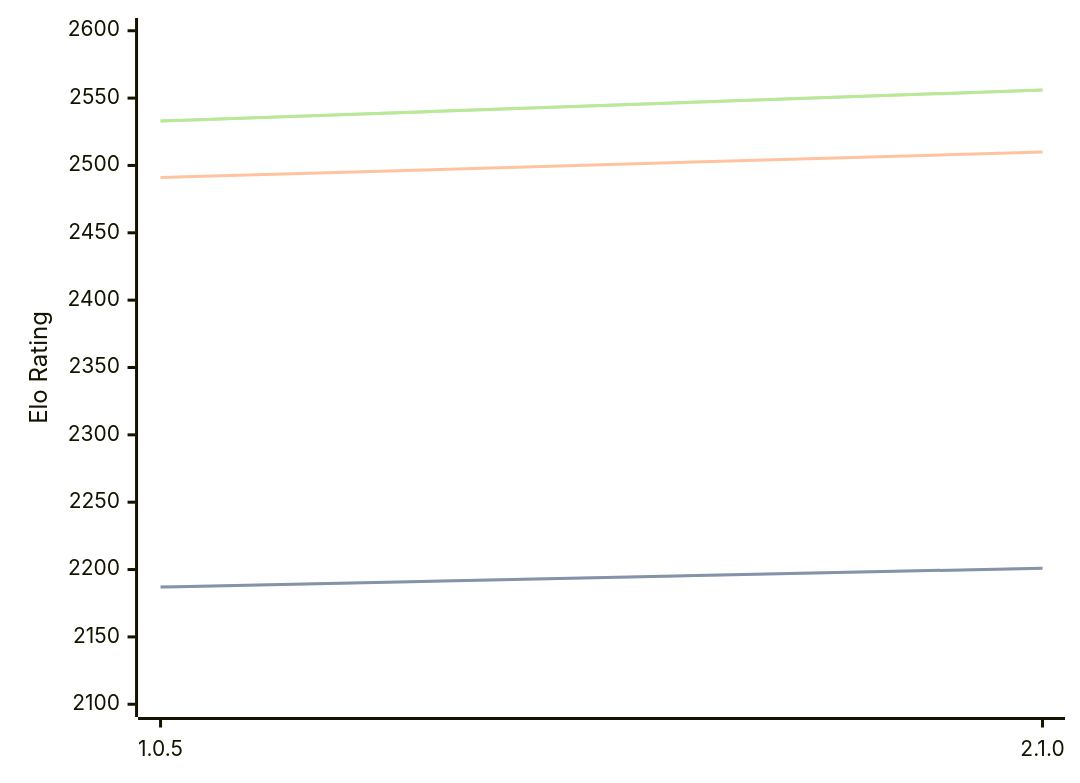
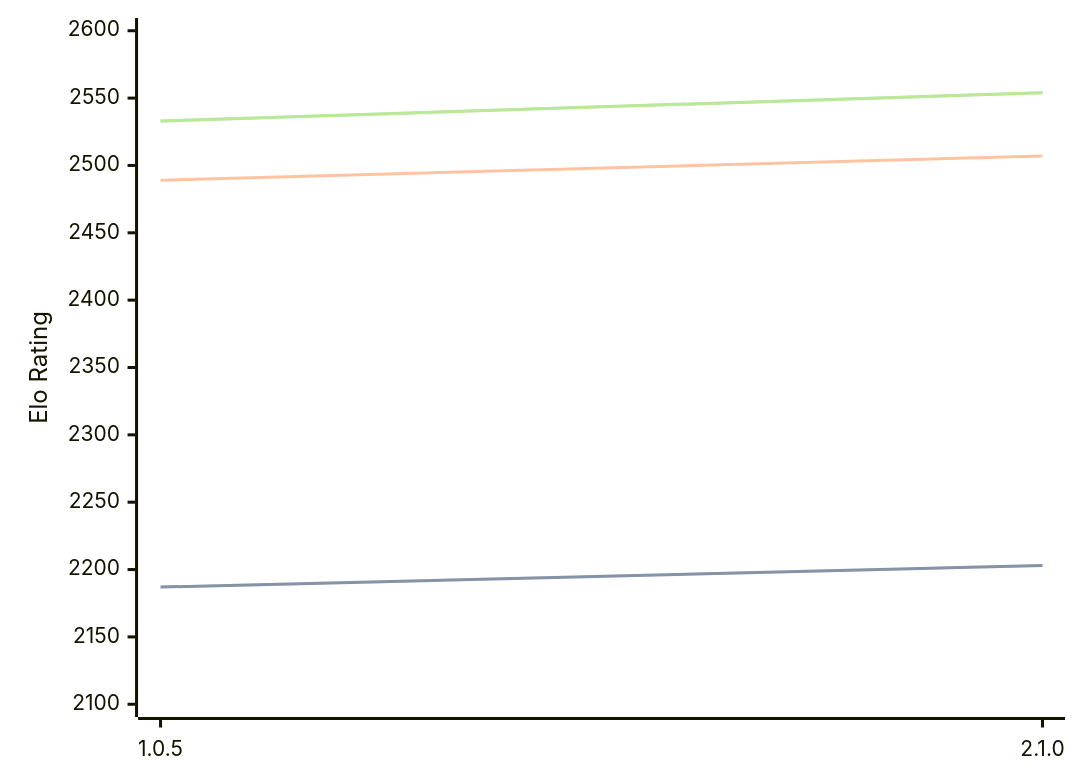
Before and after one commit to computer-chess-index/cci: the diagram in engines/Ruffian.md, drawn with Mermaid. The commit also changed other lines of this file, not shown here.

Commit message:
Update CCI Ratings (ELO VLTC) - 2026-05-07

````diff
--- a/engines/Ruffian.md
+++ b/engines/Ruffian.md
@@ -32,11 +32,11 @@
 ```mermaid
 %%{init: {"theme":"base","themeVariables":{"seriesColors:['#a3a3a3','#222221','#faa371']}}}%%
 xychart-beta
   x-axis ["1.0.5", "2.1.0"]
   y-axis "Elo Rating" 2100 --> 2600
-  line "STC (8.0+0.08s)" [2187, 2201]
-  line "STC (8.0+0.08s)" [2187, 2201]
-  line "LTC (60.0+0.60s)" [2491, 2510]
-  line "VLTC (2m24s+1.12s)" [2533, 2556]
-  line "VLTC (2m24s+1.12s)" [2533, 2556]
+  line "STC (8.0+0.08s)" [2187, 2203]
+  line "STC (8.0+0.08s)" [2187, 2203]
+  line "LTC (60.0+0.60s)" [2489, 2507]
+  line "VLTC (2m24s+1.12s)" [2533, 2554]
+  line "VLTC (2m24s+1.12s)" [2533, 2554]
 ```
````
